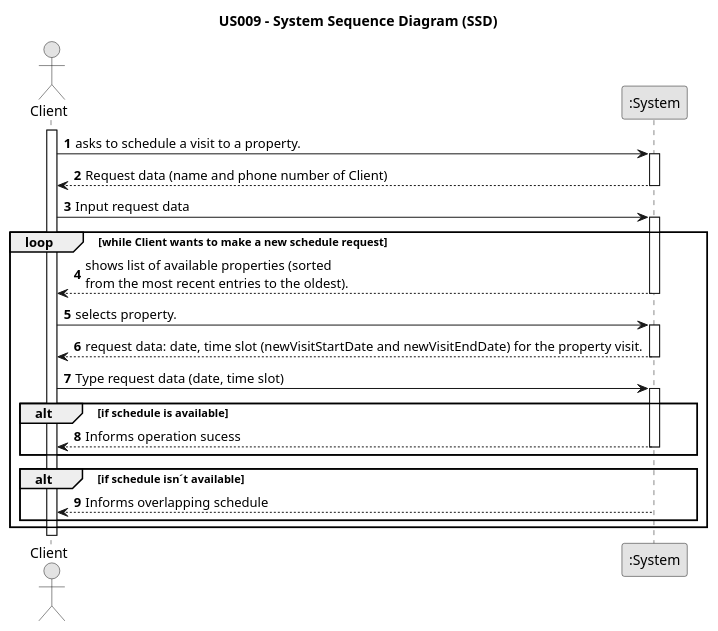
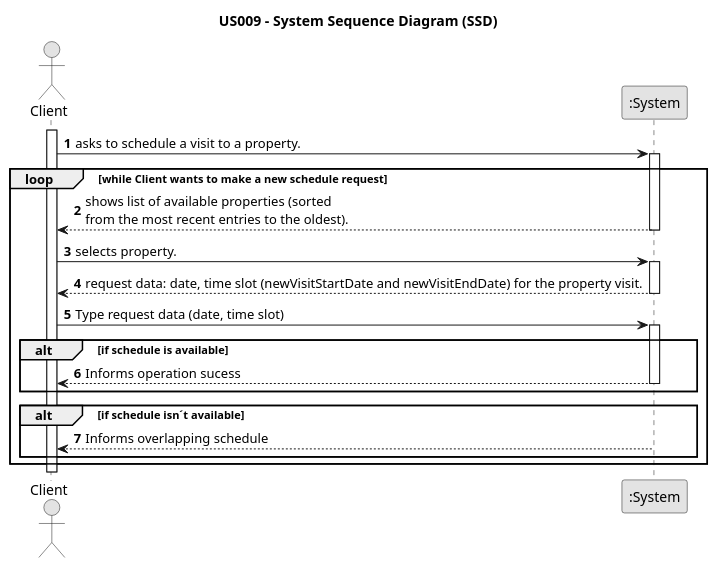
Before and after one commit to 1220812/LAPR2: the diagram in docs/sprintD/us009/01.requirements-engineering/puml/us009-system-sequence-diagram.puml, drawn with PlantUML. The commit also changed 2 other files, not shown here.

```diff
--- a/docs/sprintD/us009/01.requirements-engineering/puml/us009-system-sequence-diagram.puml
+++ b/docs/sprintD/us009/01.requirements-engineering/puml/us009-system-sequence-diagram.puml
@@ -1,56 +1,50 @@
 @startuml
 skinparam monochrome true
 skinparam packageStyle rectangle
 skinparam shadowing false
 
 title US009 - System Sequence Diagram (SSD)
 
 autonumber
 
 actor "Client" as Customer
 participant ":System" as System
 
 activate Customer
 
     Customer -> System : asks to schedule a visit to a property.
-    activate System
-
-    System --> Customer : Request data (name and phone number of Client)
-    deactivate System
-
-    Customer -> System : Input request data
     activate System
 
     loop while Client wants to make a new schedule request
 
     System --> Customer : shows list of available properties (sorted \nfrom the most recent entries to the oldest).
 
     deactivate System
 
     Customer -> System : selects property.
     activate System
 
     System --> Customer : request data: date, time slot (newVisitStartDate and newVisitEndDate) for the property visit.
 
     deactivate System
 
     Customer -> System : Type request data (date, time slot)
 
     activate System
 
     alt if schedule is available
        System --> Customer : Informs operation sucess
     deactivate System
     end
     alt if schedule isn´t available
     System --> Customer : Informs overlapping schedule
     end
 
     end
 
 
 
 
 
 
 @enduml
```
